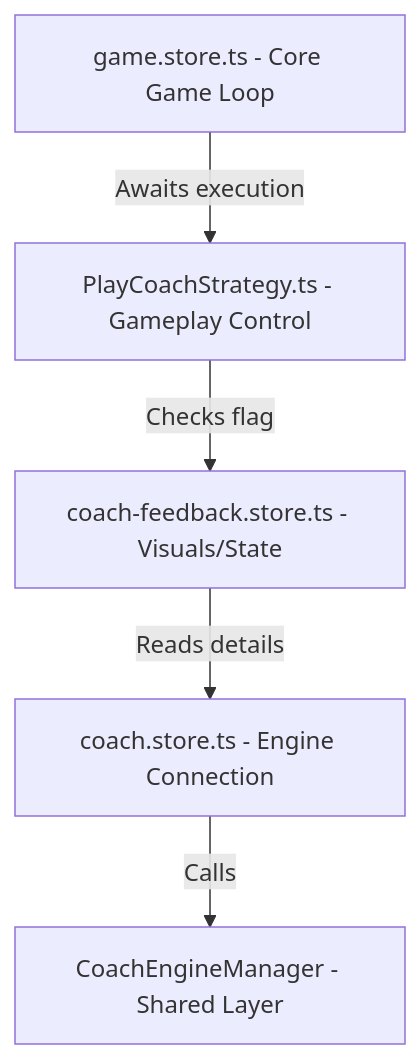
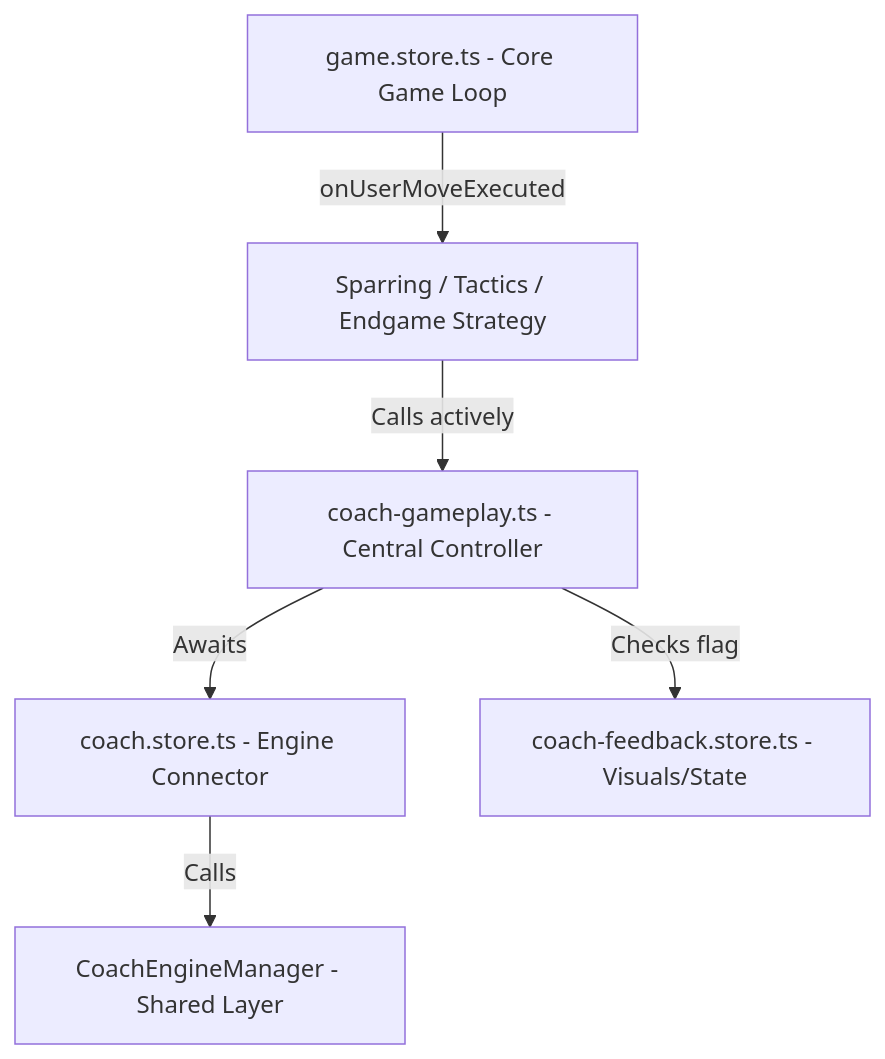
Before and after one commit to ImMoSer/extrapawn.com: the diagram in src/features/coach/model/coach_feedbake_status.md, drawn with Mermaid. The commit also changed other lines of this file and 3 other files, not shown here.

````diff
--- a/src/features/coach/model/coach_feedbake_status.md
+++ b/src/features/coach/model/coach_feedbake_status.md
@@ -18,7 +18,8 @@
 ```mermaid
 graph TD
-    A[game.store.ts - Core Game Loop] -->|Awaits execution| B[PlayCoachStrategy.ts - Gameplay Control]
-    B -->|Checks flag| C[coach-feedback.store.ts - Visuals/State]
-    C -->|Reads details| D[coach.store.ts - Engine Connection]
+    A[game.store.ts - Core Game Loop] -->|onUserMoveExecuted| B[Sparring / Tactics / Endgame Strategy]
+    B -->|Calls actively| C[coach-gameplay.ts - Central Controller]
+    C -->|Awaits| D[coach.store.ts - Engine Connector]
     D -->|Calls| E[CoachEngineManager - Shared Layer]
+    C -->|Checks flag| F[coach-feedback.store.ts - Visuals/State]
 ```
````
